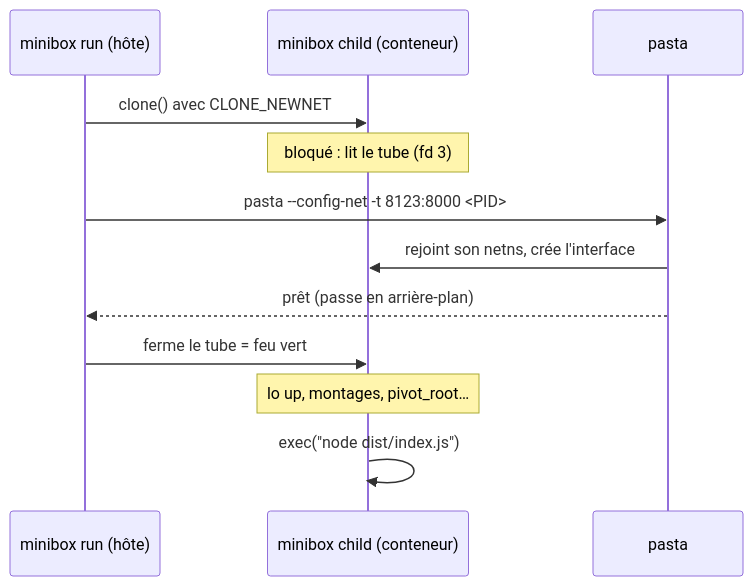
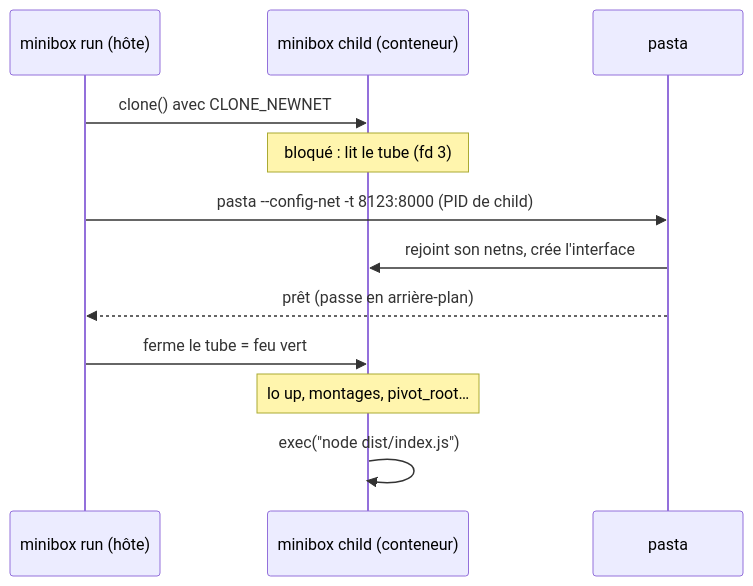
One commit to CrazzyBuilds/minibox changed the tenth of 12 diagrams in EXPLICATIONS.md. Above: the diagram before and after it, drawn with Mermaid.

Commit message:
Explications : correction d'un schéma

````diff
--- a/EXPLICATIONS.md
+++ b/EXPLICATIONS.md
@@ -799,14 +799,14 @@
 ```mermaid
 sequenceDiagram
     participant R as minibox run (hôte)
     participant C as minibox child (conteneur)
     participant P as pasta
     R->>C: clone() avec CLONE_NEWNET
     Note over C: bloqué : lit le tube (fd 3)
-    R->>P: pasta --config-net -t 8123:8000 <PID>
+    R->>P: pasta --config-net -t 8123:8000 (PID de child)
     P->>C: rejoint son netns, crée l'interface
     P-->>R: prêt (passe en arrière-plan)
     R->>C: ferme le tube = feu vert
     Note over C: lo up, montages, pivot_root…
     C->>C: exec("node dist/index.js")
 ```
````
